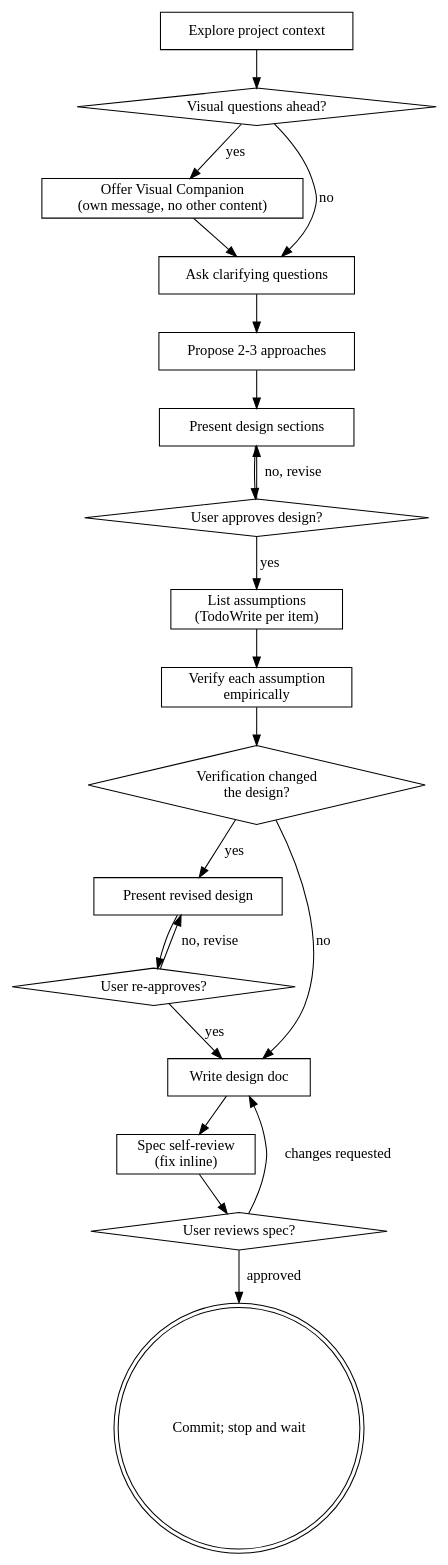
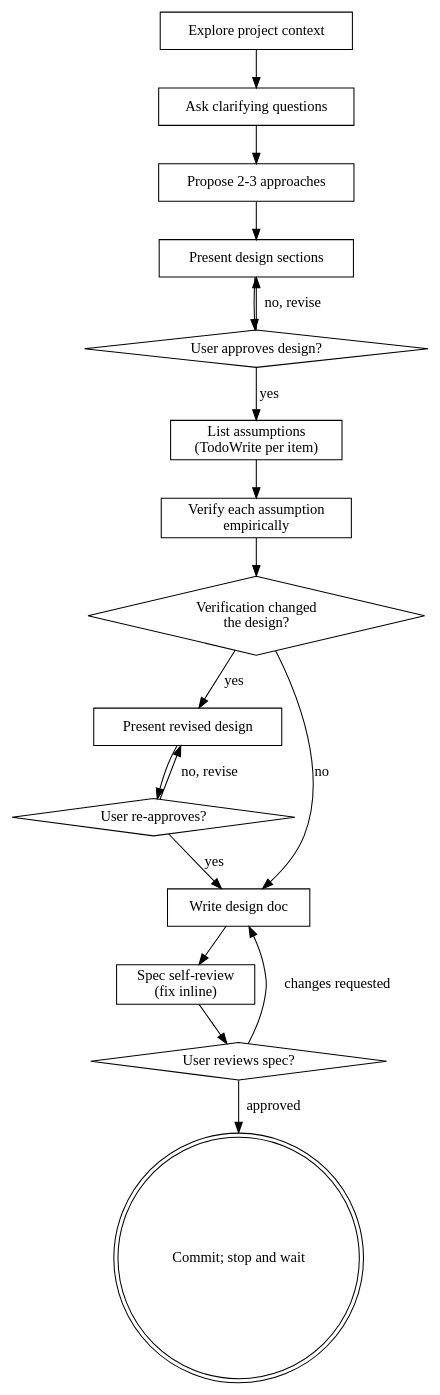
One commit to yv01p/peters-toolkit changed the diagram in skills/thorough-brainstorming/SKILL.md. Above: the diagram before and after it, drawn with Graphviz. The commit also changed other lines of this file and 6 other files, not shown here.

Commit message:
Sync visual companion to Superpowers 6.0.x (closes no-auth server gap)

````diff
--- a/skills/thorough-brainstorming/SKILL.md
+++ b/skills/thorough-brainstorming/SKILL.md
@@ -44,41 +44,36 @@
 ```dot
 digraph thorough_brainstorming {
     "Explore project context" [shape=box];
-    "Visual questions ahead?" [shape=diamond];
-    "Offer Visual Companion\n(own message, no other content)" [shape=box];
     "Ask clarifying questions" [shape=box];
     "Propose 2-3 approaches" [shape=box];
     "Present design sections" [shape=box];
     "User approves design?" [shape=diamond];
     "List assumptions\n(TodoWrite per item)" [shape=box];
     "Verify each assumption\nempirically" [shape=box];
     "Verification changed\nthe design?" [shape=diamond];
     "Present revised design" [shape=box];
     "User re-approves?" [shape=diamond];
     "Write design doc" [shape=box];
     "Spec self-review\n(fix inline)" [shape=box];
     "User reviews spec?" [shape=diamond];
     "Commit; stop and wait" [shape=doublecircle];
 
-    "Explore project context" -> "Visual questions ahead?";
-    "Visual questions ahead?" -> "Offer Visual Companion\n(own message, no other content)" [label="yes"];
-    "Visual questions ahead?" -> "Ask clarifying questions" [label="no"];
-    "Offer Visual Companion\n(own message, no other content)" -> "Ask clarifying questions";
+    "Explore project context" -> "Ask clarifying questions";
     "Ask clarifying questions" -> "Propose 2-3 approaches";
     "Propose 2-3 approaches" -> "Present design sections";
     "Present design sections" -> "User approves design?";
     "User approves design?" -> "Present design sections" [label="no, revise"];
     "User approves design?" -> "List assumptions\n(TodoWrite per item)" [label="yes"];
     "List assumptions\n(TodoWrite per item)" -> "Verify each assumption\nempirically";
     "Verify each assumption\nempirically" -> "Verification changed\nthe design?";
     "Verification changed\nthe design?" -> "Present revised design" [label="yes"];
     "Verification changed\nthe design?" -> "Write design doc" [label="no"];
     "Present revised design" -> "User re-approves?";
     "User re-approves?" -> "Present revised design" [label="no, revise"];
     "User re-approves?" -> "Write design doc" [label="yes"];
     "Write design doc" -> "Spec self-review\n(fix inline)";
     "Spec self-review\n(fix inline)" -> "User reviews spec?";
     "User reviews spec?" -> "Write design doc" [label="changes requested"];
     "User reviews spec?" -> "Commit; stop and wait" [label="approved"];
 }
 ```
````
